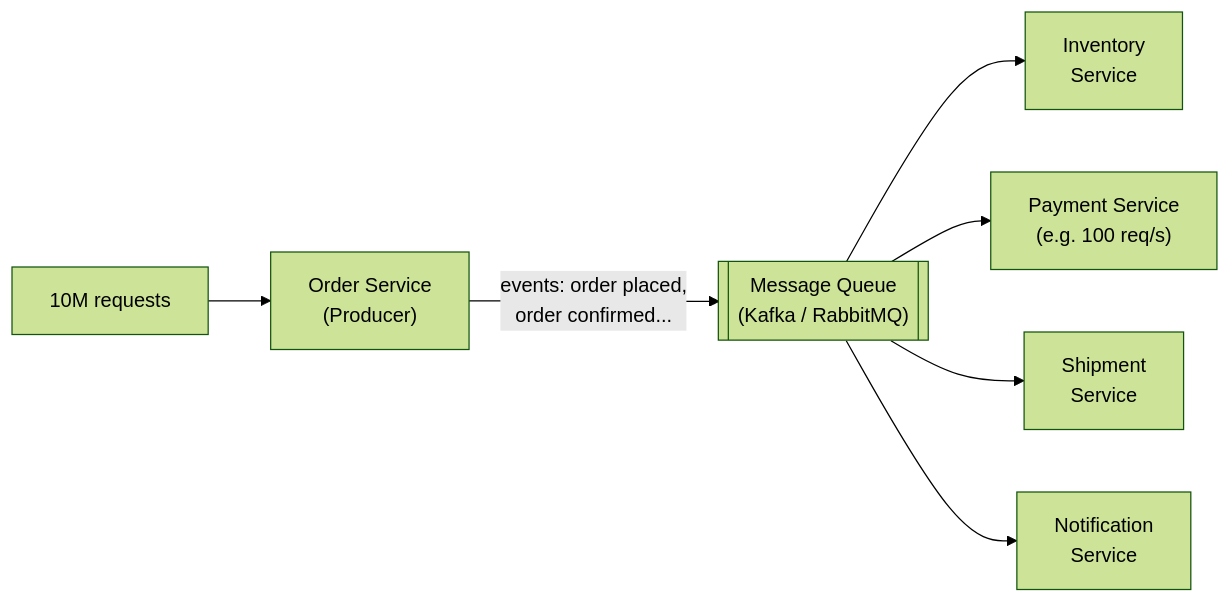
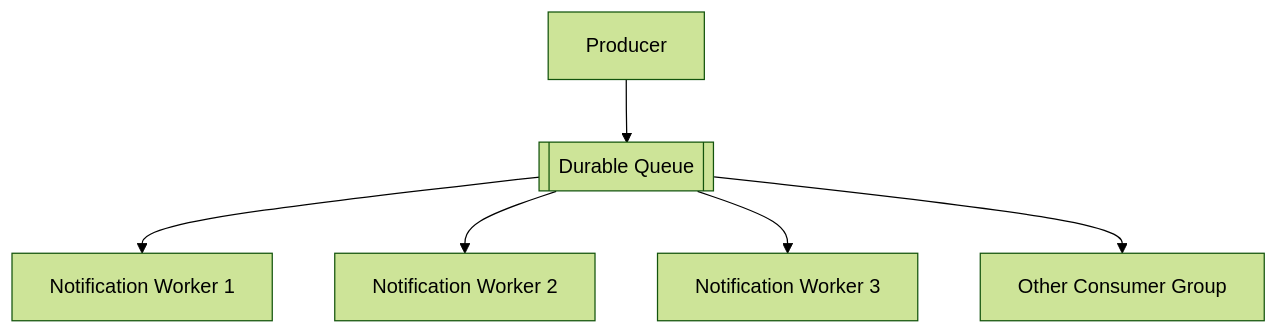
Before and after one commit to HARRISAMIN432/system-design-hld: diagram 16 of 18 in 07_scaling_application_from_one_to_million_users/README.md, drawn with Mermaid (forest theme). The commit also changed other lines of this file and 11 other files, not shown here.

````diff
--- a/07_scaling_application_from_one_to_million_users/README.md
+++ b/07_scaling_application_from_one_to_million_users/README.md
@@ -373,9 +1328,10 @@
 ```mermaid
-flowchart LR
-    U["10M requests"] --> O["Order Service<br/>(Producer)"]
-    O -->|"events: order placed,<br/>order confirmed..."| Q[["Message Queue<br/>(Kafka / RabbitMQ)"]]
-    Q --> I["Inventory<br/>Service"]
-    Q --> P["Payment Service<br/>(e.g. 100 req/s)"]
-    Q --> S["Shipment<br/>Service"]
-    Q --> N["Notification<br/>Service"]
+flowchart TB
+    P["Producer"] --> Q[["Durable Queue"]]
+
+    Q --> N1["Notification Worker 1"]
+    Q --> N2["Notification Worker 2"]
+    Q --> N3["Notification Worker 3"]
+
+    Q --> W1["Other Consumer Group"]
 ```
````
